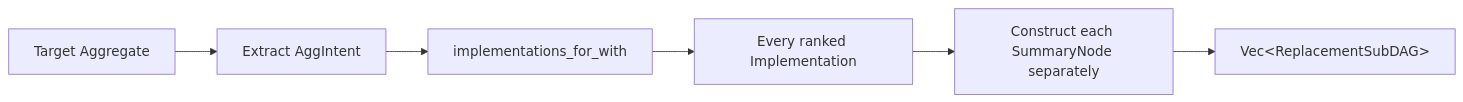
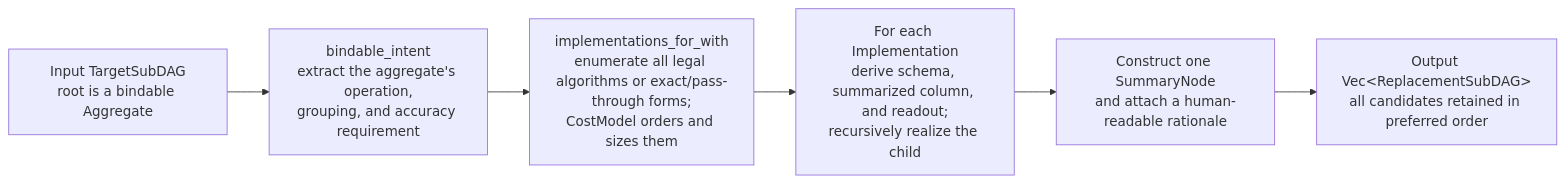
The third of 6 diagrams in docs/developer_docs/ASAP-aware-mapping-developer-guide.md (ProjectASAP/ASAPPlanner), drawn with Mermaid before and after one commit. The commit also changed other lines of this file, not shown here.

Commit message:
docs(asap-aware-mapping): make architecture diagrams self-explanatory

````diff
--- a/docs/developer_docs/ASAP-aware-mapping-developer-guide.md
+++ b/docs/developer_docs/ASAP-aware-mapping-developer-guide.md
@@ -690,8 +707,8 @@
 ```mermaid
 flowchart LR
-  A[Target Aggregate] --> B[Extract AggIntent]
-  B --> C[implementations_for_with]
-  C --> D[Every ranked Implementation]
-  D --> E[Construct each SummaryNode separately]
-  E --> F["Vec&lt;ReplacementSubDAG&gt;"]
+  A["Input TargetSubDAG<br/>root is a bindable Aggregate"] --> B["bindable_intent<br/>extract the aggregate's operation,<br/>grouping, and accuracy requirement"]
+  B --> C["implementations_for_with<br/>enumerate all legal algorithms or exact/pass-through forms;<br/>CostModel orders and sizes them"]
+  C --> D["For each Implementation<br/>derive schema, summarized column, and readout;<br/>recursively realize the child"]
+  D --> E["Construct one SummaryNode<br/>and attach a human-readable rationale"]
+  E --> F["Output Vec&lt;ReplacementSubDAG&gt;<br/>all candidates retained in preferred order"]
 ```
````
